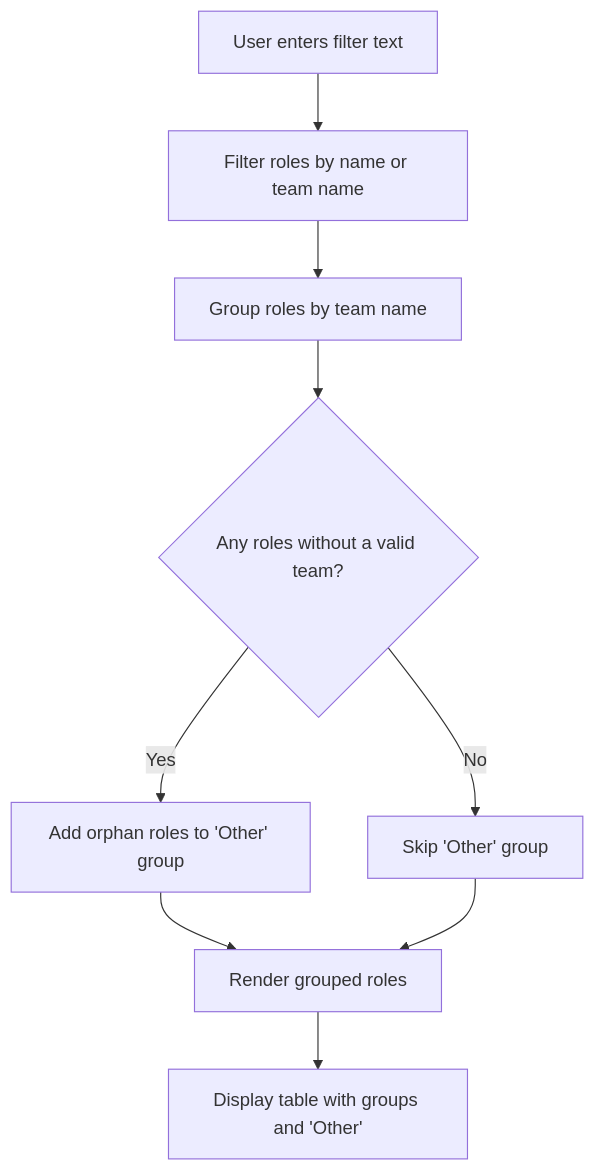
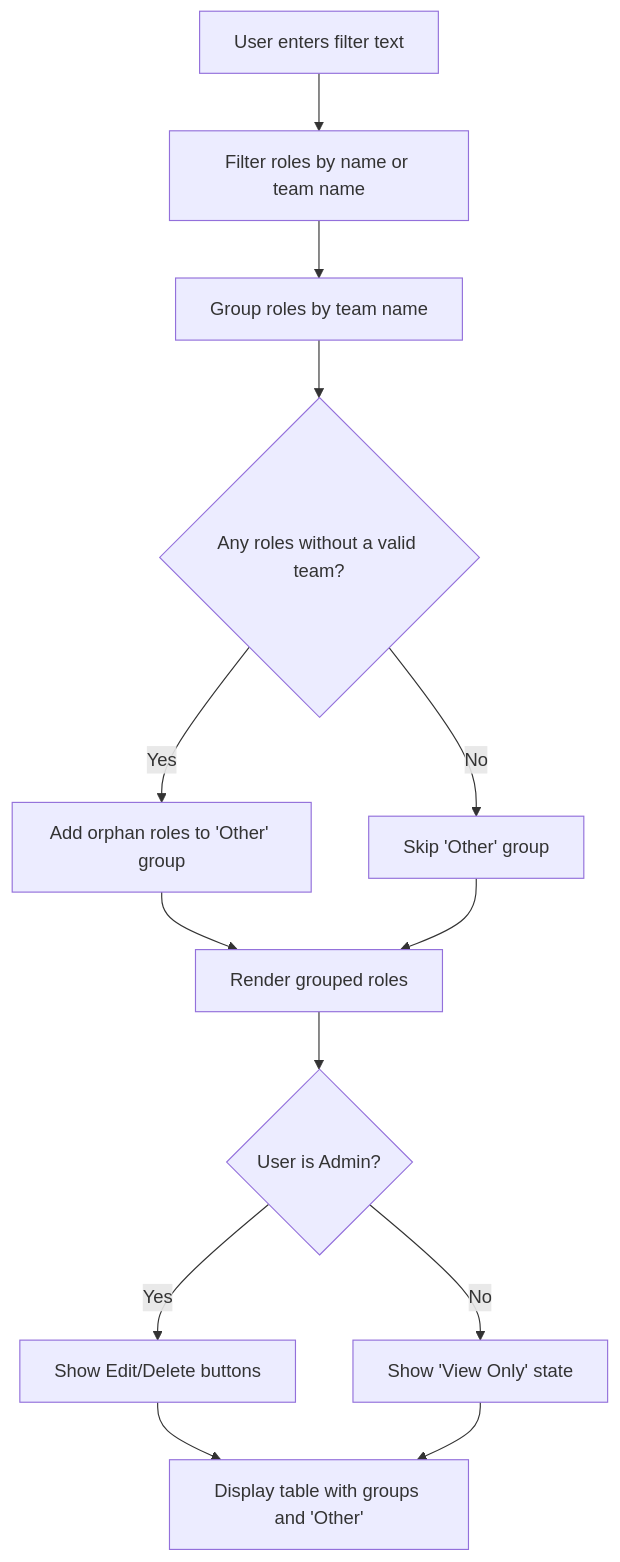
One commit to netdaniel/serveflow changed the eighth of 11 diagrams in .qoder/repowiki/en/content/Volunteer Management System/Role Assignment System.md. Above: the diagram before and after it, drawn with Mermaid. The commit also changed other lines of this file and 15 other files, not shown here.

````diff
--- a/.qoder/repowiki/en/content/Volunteer Management System/Role Assignment System.md
+++ b/.qoder/repowiki/en/content/Volunteer Management System/Role Assignment System.md
@@ -255,11 +362,15 @@
 ```mermaid
 flowchart TD
 A["User enters filter text"] --> B["Filter roles by name or team name"]
 B --> C["Group roles by team name"]
 C --> D{"Any roles without a valid team?"}
 D --> |Yes| E["Add orphan roles to 'Other' group"]
 D --> |No| F["Skip 'Other' group"]
 E --> G["Render grouped roles"]
 F --> G
-G --> H["Display table with groups and 'Other'"]
+G --> H{"User is Admin?"}
+H --> |Yes| I["Show Edit/Delete buttons"]
+H --> |No| J["Show 'View Only' state"]
+I --> K["Display table with groups and 'Other'"]
+J --> K
 ```
````
